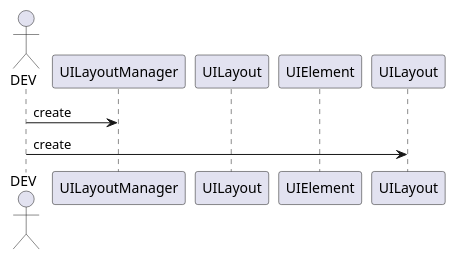
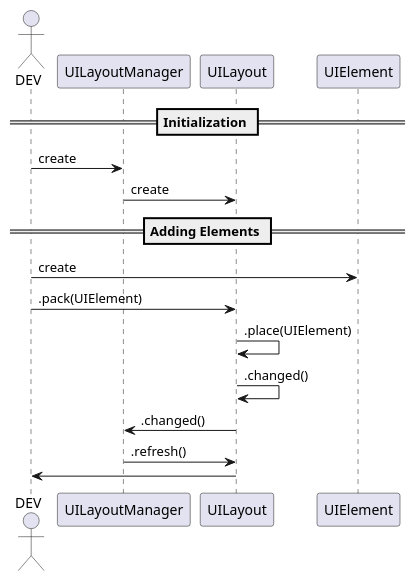
Before and after one commit to eruvanos/arcade_gui: the diagram in UILayout.puml, drawn with PlantUML. The commit also changed 18 other files, not shown here.

```diff
--- a/UILayout.puml
+++ b/UILayout.puml
@@ -1,13 +1,27 @@
 @startuml
 
 actor DEV
 
 participant UILayoutManager as UIM
 participant UILayout as UIL
 participant UIElement as UIE
 
+== Initialization ==
+
 DEV -> UIM: create
-DEV -> UILayout: create
+UIM -> UIL: create
+
+== Adding Elements ==
+
+DEV -> UIE: create
+DEV -> UIL: .pack(UIElement)
+
+UIL -> UIL : .place(UIElement)
+UIL -> UIL : .changed()
+UIL -> UIM : .changed()
+UIM -> UIL : .refresh()
+
+UIL -> DEV
 
 
 @enduml
```
